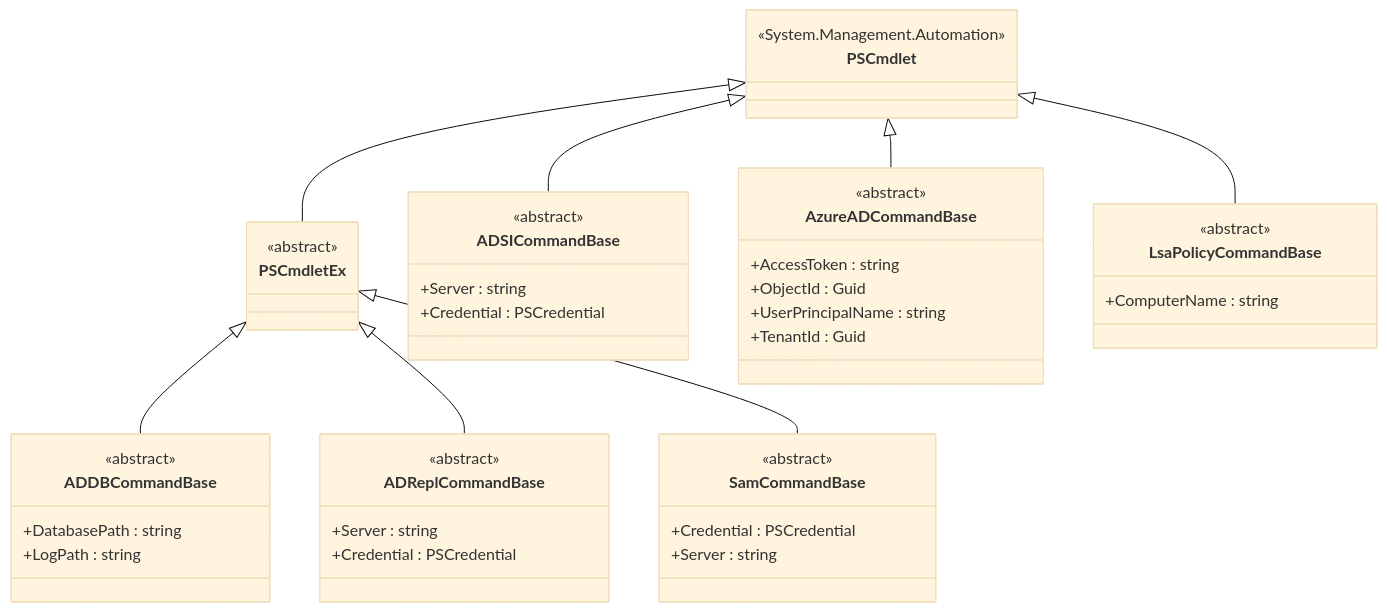
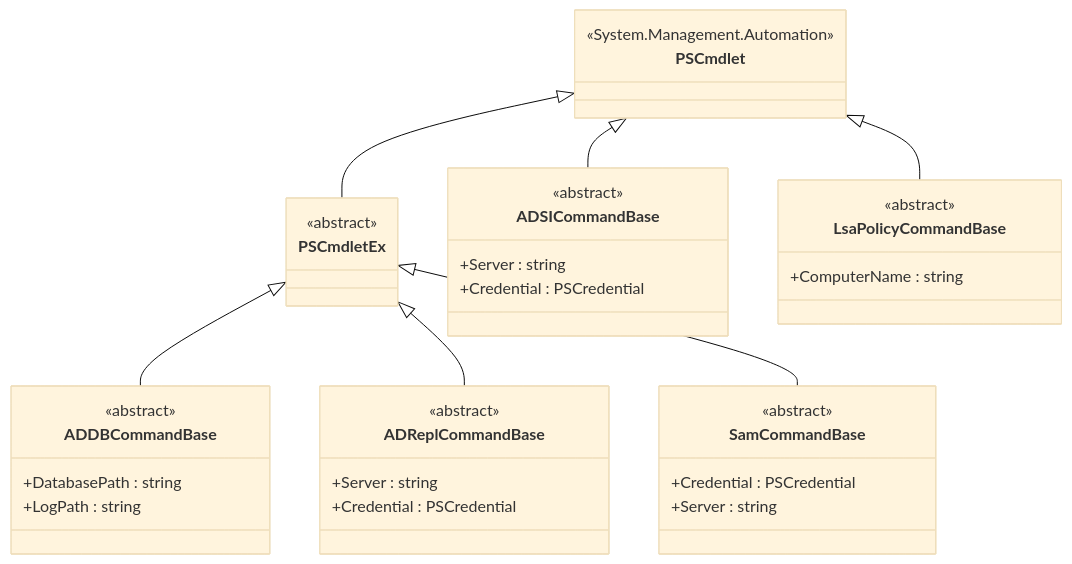
The first of 8 diagrams in Src/DSInternals.PowerShell/Commands/README.md (MichaelGrafnetter/DSInternals), drawn with Mermaid (base theme) before and after one commit. The commit also changed other lines of this file and 19 other files, not shown here.

````diff
--- a/Src/DSInternals.PowerShell/Commands/README.md
+++ b/Src/DSInternals.PowerShell/Commands/README.md
@@ -9,49 +9,41 @@
 ```mermaid
 classDiagram
     direction TB
     class PSCmdlet {
         <<System.Management.Automation>>
     }
     class PSCmdletEx {
         <<abstract>>
     }
     class ADDBCommandBase {
         <<abstract>>
         +DatabasePath : string
         +LogPath : string
     }
     class ADReplCommandBase {
         <<abstract>>
         +Server : string
         +Credential : PSCredential
     }
     class ADSICommandBase {
         <<abstract>>
         +Server : string
         +Credential : PSCredential
     }
-    class AzureADCommandBase {
-        <<abstract>>
-        +AccessToken : string
-        +ObjectId : Guid
-        +UserPrincipalName : string
-        +TenantId : Guid
-    }
     class LsaPolicyCommandBase {
         <<abstract>>
         +ComputerName : string
     }
     class SamCommandBase {
         <<abstract>>
         +Credential : PSCredential
         +Server : string
     }
 
     PSCmdlet <|-- PSCmdletEx
     PSCmdletEx <|-- ADDBCommandBase
     PSCmdletEx <|-- ADReplCommandBase
     PSCmdlet <|-- ADSICommandBase
-    PSCmdlet <|-- AzureADCommandBase
     PSCmdlet <|-- LsaPolicyCommandBase
     PSCmdletEx <|-- SamCommandBase
 ```
````
